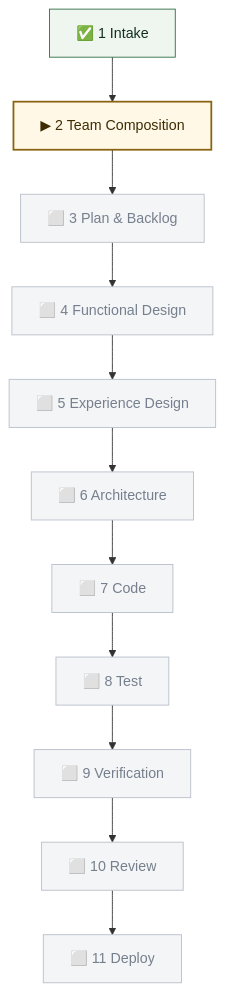
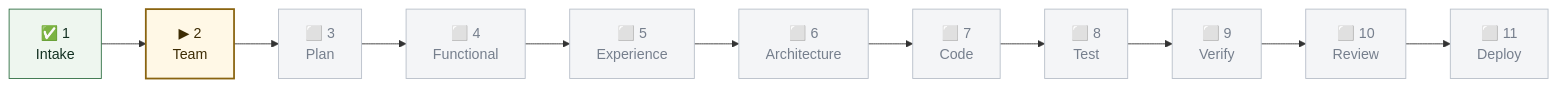
Before and after one commit to tandonakhil/AICluadeCode: the diagram in admin/templates/PIPELINE_LOG_TEMPLATE.md, drawn with Mermaid. The commit also changed 7 other files, not shown here.

First line of the commit message:
Pipeline visibility: /ProjectStatus, portfolio graphs, LR layout, mandatory report-out

````diff
--- a/admin/templates/PIPELINE_LOG_TEMPLATE.md
+++ b/admin/templates/PIPELINE_LOG_TEMPLATE.md
@@ -22,16 +22,16 @@
 ```mermaid
-flowchart TD
-  G1["✅ 1 Intake"] --> G2["▶ 2 Team Composition"] --> G3["⬜ 3 Plan &amp; Backlog"]
-  G3 --> G4["⬜ 4 Functional Design"] --> G5["⬜ 5 Experience Design"]
-  G5 --> G6["⬜ 6 Architecture"] --> G7["⬜ 7 Code"] --> G8["⬜ 8 Test"]
-  G8 --> G9["⬜ 9 Verification"] --> G10["⬜ 10 Review"] --> G11["⬜ 11 Deploy"]
+flowchart LR
+  G1["✅ 1<br/>Intake"] --> G2["▶ 2<br/>Team"] --> G3["⬜ 3<br/>Plan"]
+  G3 --> G4["⬜ 4<br/>Functional"] --> G5["⬜ 5<br/>Experience"]
+  G5 --> G6["⬜ 6<br/>Architecture"] --> G7["⬜ 7<br/>Code"] --> G8["⬜ 8<br/>Test"]
+  G8 --> G9["⬜ 9<br/>Verify"] --> G10["⬜ 10<br/>Review"] --> G11["⬜ 11<br/>Deploy"]
 
   classDef done    fill:#eef6ef,stroke:#2f6f43,color:#123021
   classDef active  fill:#fff8e6,stroke:#8a6410,stroke-width:2px,color:#3d2c04
   classDef looped  fill:#fdf0ec,stroke:#a3341f,stroke-width:2px,color:#3d1109
   classDef pending fill:#f4f5f7,stroke:#b8bfc9,color:#767f8d
   classDef skipped fill:#f4f5f7,stroke:#b8bfc9,color:#767f8d,stroke-dasharray:4 3
   class G1 done
   class G2 active
   class G3,G4,G5,G6,G7,G8,G9,G10,G11 pending
 ```
````
